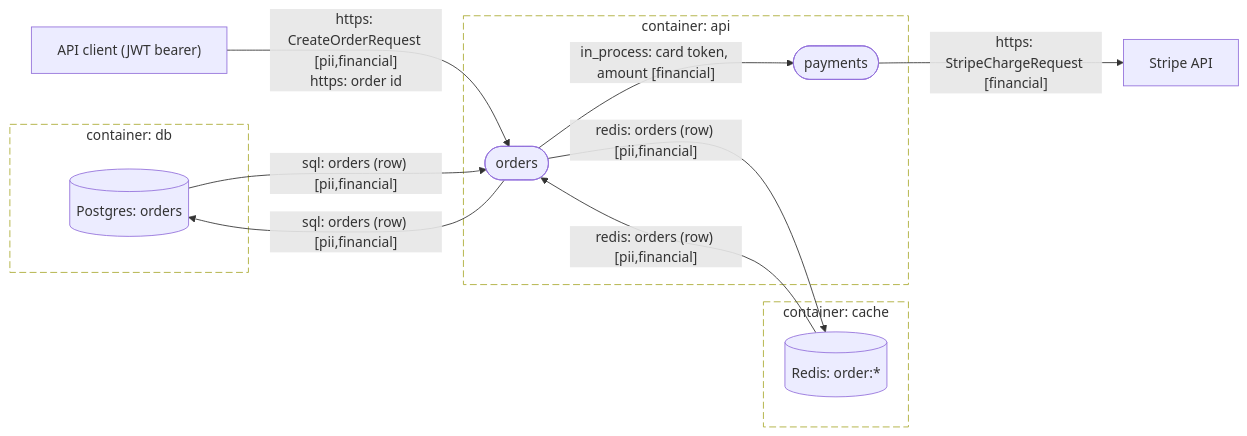
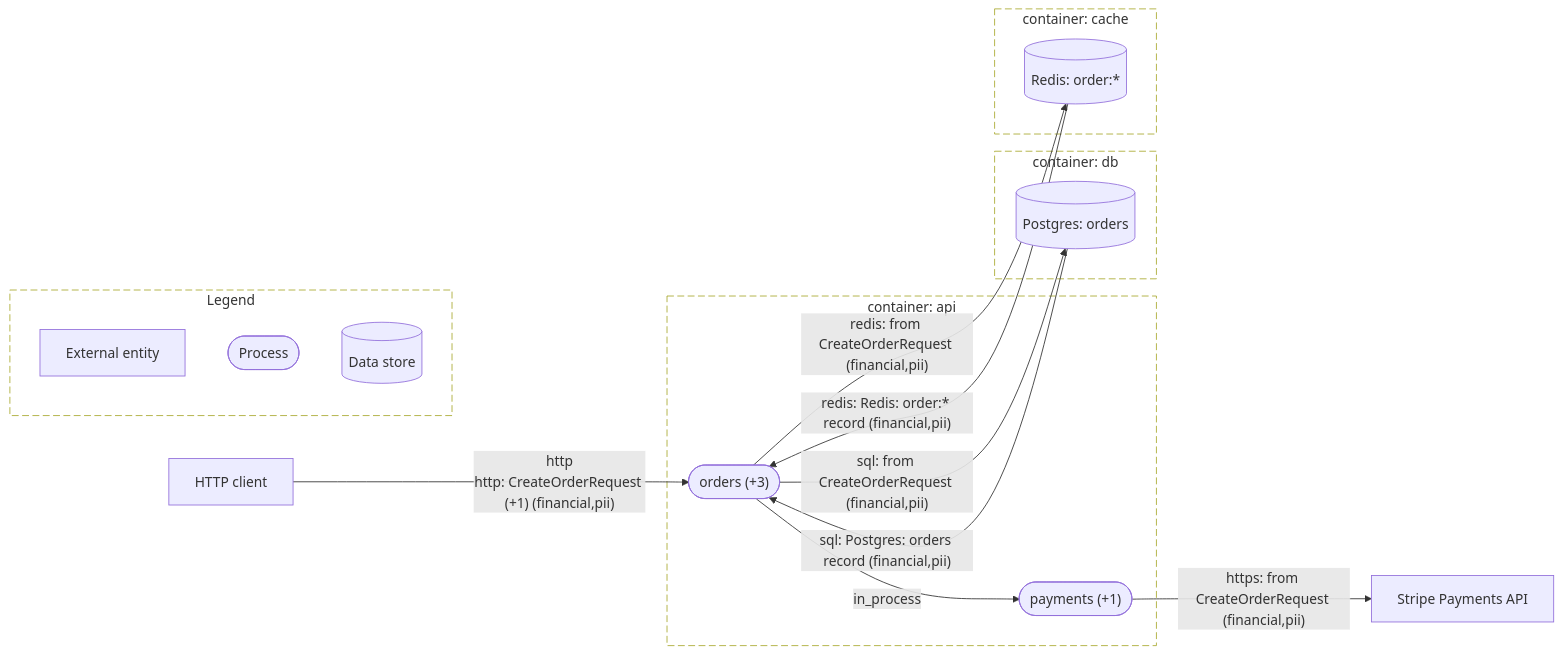
The diagram in examples/orders-service/README.md (AskShri/code2designmapping), drawn with Mermaid before and after one commit. The commit also changed other lines of this file and 525 other files, not shown here.

First line of the commit message:
code2design v0.5: one fact vocabulary, one routing model, class-aware call graph

````diff
--- a/examples/orders-service/README.md
+++ b/examples/orders-service/README.md
@@ -65,25 +44,32 @@
 ```mermaid
+%% L1 - orders-service
 flowchart LR
+  subgraph bnd_uvq3irjstn["container: api"]
+    proc_e2i3iwzq2d(["payments (+1)"])
+    proc_okfd4mheog(["orders (+3)"])
+  end
   subgraph bnd_li56z6okmf["container: db"]
-    store_pljbgfzdky[("Postgres: orders")]
+    store_2whm26363j[("Postgres: orders")]
   end
   subgraph bnd_quz6xm3rfj["container: cache"]
     store_ligqz7jge4[("Redis: order:*")]
   end
-  subgraph bnd_uvq3irjstn["container: api"]
-    proc_7hcvlzq6va(["payments"])
-    proc_tv5mzaefoi(["orders"])
-  end
-  ext_plsra3tach["Stripe API"]
-  ext_sga4qktkap["API client (JWT bearer)"]
-  ext_sga4qktkap -->|"https: CreateOrderRequest [pii,financial]<br/>https: order id"| proc_tv5mzaefoi
-  proc_7hcvlzq6va -->|"https: StripeChargeRequest [financial]"| ext_plsra3tach
-  proc_tv5mzaefoi -->|"in_process: card token, amount [financial]"| proc_7hcvlzq6va
-  proc_tv5mzaefoi -->|"redis: orders (row) [pii,financial]"| store_ligqz7jge4
-  proc_tv5mzaefoi -->|"sql: orders (row) [pii,financial]"| store_pljbgfzdky
-  store_ligqz7jge4 -->|"redis: orders (row) [pii,financial]"| proc_tv5mzaefoi
-  store_pljbgfzdky -->|"sql: orders (row) [pii,financial]"| proc_tv5mzaefoi
+  ext_sga4qktkap["HTTP client"]
+  ext_slqdx4hifp["Stripe Payments API"]
+  ext_sga4qktkap -->|"http<br/>http: CreateOrderRequest (+1) (financial,pii)"| proc_okfd4mheog
+  proc_e2i3iwzq2d -->|"https: from CreateOrderRequest (financial,pii)"| ext_slqdx4hifp
+  proc_okfd4mheog -->|"in_process"| proc_e2i3iwzq2d
+  proc_okfd4mheog -->|"sql: from CreateOrderRequest (financial,pii)"| store_2whm26363j
+  proc_okfd4mheog -->|"redis: from CreateOrderRequest (financial,pii)"| store_ligqz7jge4
+  store_2whm26363j -->|"sql: Postgres: orders record (financial,pii)"| proc_okfd4mheog
+  store_ligqz7jge4 -->|"redis: Redis: order:* record (financial,pii)"| proc_okfd4mheog
+  style bnd_uvq3irjstn stroke-dasharray: 8 4,fill:none
   style bnd_li56z6okmf stroke-dasharray: 8 4,fill:none
   style bnd_quz6xm3rfj stroke-dasharray: 8 4,fill:none
-  style bnd_uvq3irjstn stroke-dasharray: 8 4,fill:none
+  subgraph legend["Legend"]
+    lg_e["External entity"]
+    lg_p(["Process"])
+    lg_s[("Data store")]
+  end
+  style legend stroke-dasharray: 8 4,fill:none
 ```
````
